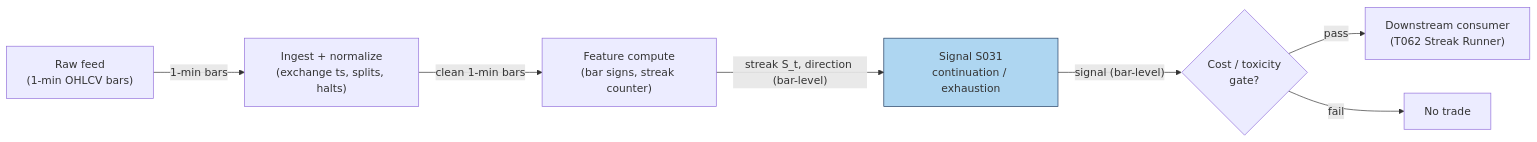
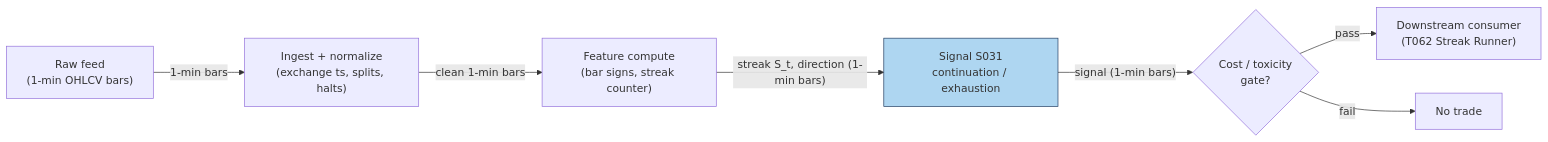
The diagram in batches/SB5/S031.md (praveenguptahcl/quant-signals-deep), drawn with Mermaid before and after one commit. The commit also changed other lines of this file and 49 other files, not shown here.

````diff
--- a/batches/SB5/S031.md
+++ b/batches/SB5/S031.md
@@ -158,10 +158,10 @@
 ```mermaid
 flowchart LR
     FEED["Raw feed<br/>(1-min OHLCV bars)"] -->|"1-min bars"| ING["Ingest + normalize<br/>(exchange ts, splits, halts)"]
     ING -->|"clean 1-min bars"| FEAT["Feature compute<br/>(bar signs, streak counter)"]
-    FEAT -->|"streak S_t, direction (bar-level)"| SIG["Signal S031<br/>continuation / exhaustion"]
-    SIG -->|"signal (bar-level)"| GATE{"Cost / toxicity<br/>gate?"}
+    FEAT -->|"streak S_t, direction (1-min bars)"| SIG["Signal S031<br/>continuation / exhaustion"]
+    SIG -->|"signal (1-min bars)"| GATE{"Cost / toxicity<br/>gate?"}
     GATE -->|pass| OUT["Downstream consumer<br/>(T062 Streak Runner)"]
     GATE -->|fail| DROP["No trade"]
     style SIG fill:#aed6f1,stroke:#1f3a5f
 ```
````
